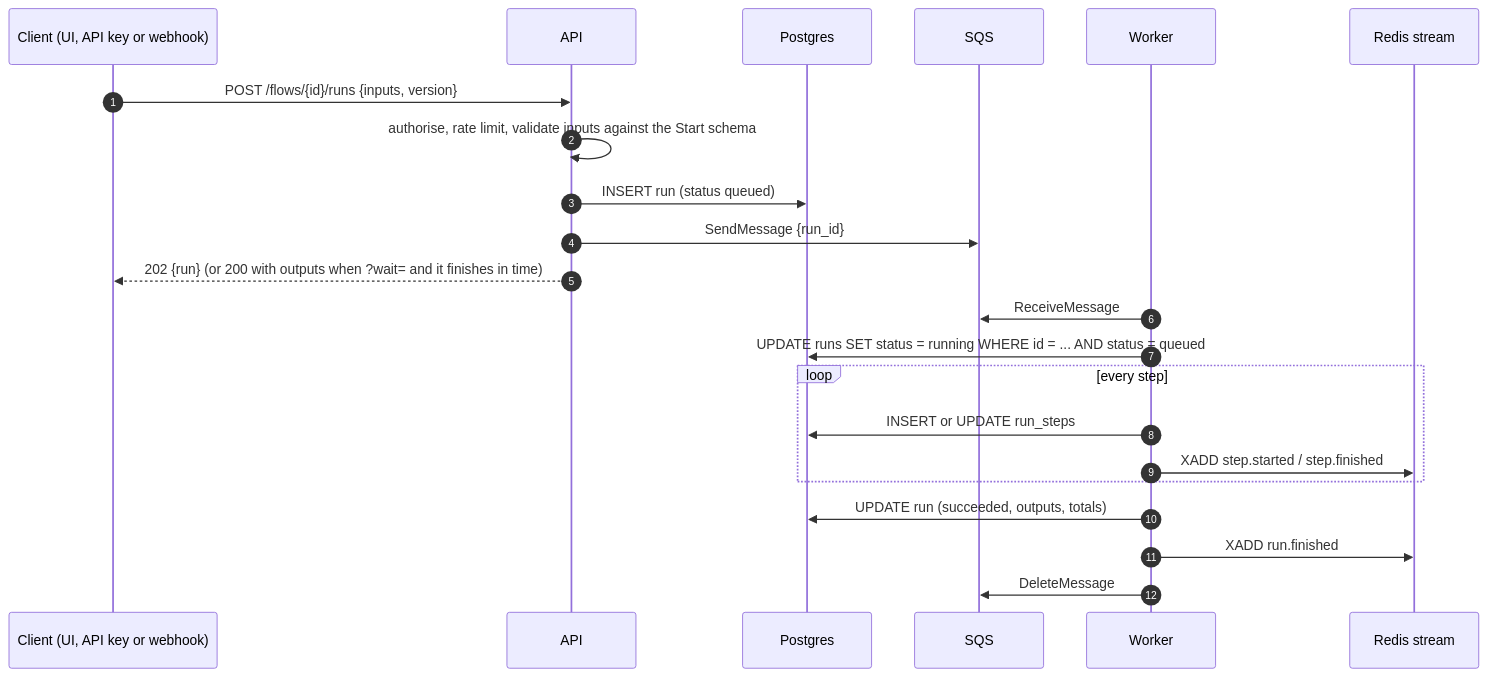
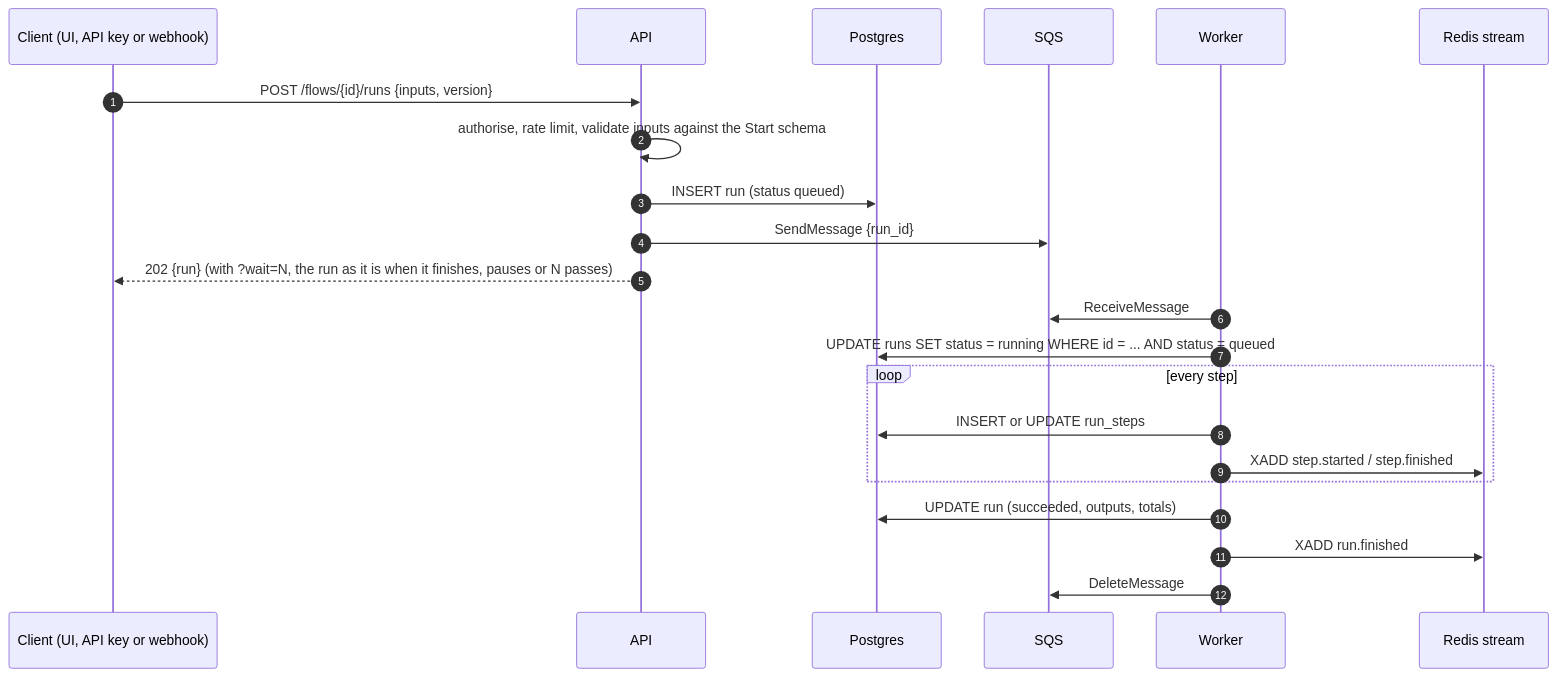
The fifth of 6 diagrams in docs/architecture/HLD.md (euron-sde-team/euron-agent-studio), drawn with Mermaid before and after one commit. The commit also changed other lines of this file, not shown here.

````diff
--- a/docs/architecture/HLD.md
+++ b/docs/architecture/HLD.md
@@ -204,24 +208,24 @@
 ```mermaid
 sequenceDiagram
   autonumber
   participant C as Client (UI, API key or webhook)
   participant A as API
   participant P as Postgres
   participant Q as SQS
   participant W as Worker
   participant R as Redis stream
   C->>A: POST /flows/{id}/runs {inputs, version}
   A->>A: authorise, rate limit, validate inputs against the Start schema
   A->>P: INSERT run (status queued)
   A->>Q: SendMessage {run_id}
-  A-->>C: 202 {run} (or 200 with outputs when ?wait= and it finishes in time)
+  A-->>C: 202 {run} (with ?wait=N, the run as it is when it finishes, pauses or N passes)
   W->>Q: ReceiveMessage
   W->>P: UPDATE runs SET status = running WHERE id = ... AND status = queued
   loop every step
     W->>P: INSERT or UPDATE run_steps
     W->>R: XADD step.started / step.finished
   end
   W->>P: UPDATE run (succeeded, outputs, totals)
   W->>R: XADD run.finished
   W->>Q: DeleteMessage
 ```
````
